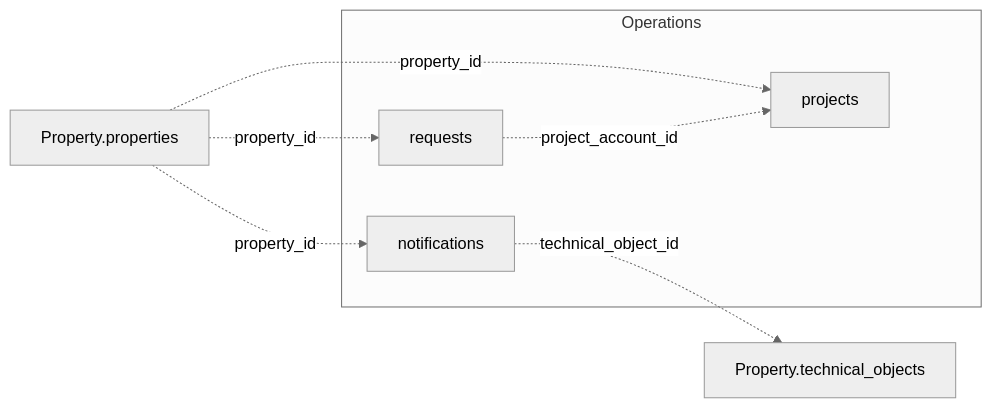
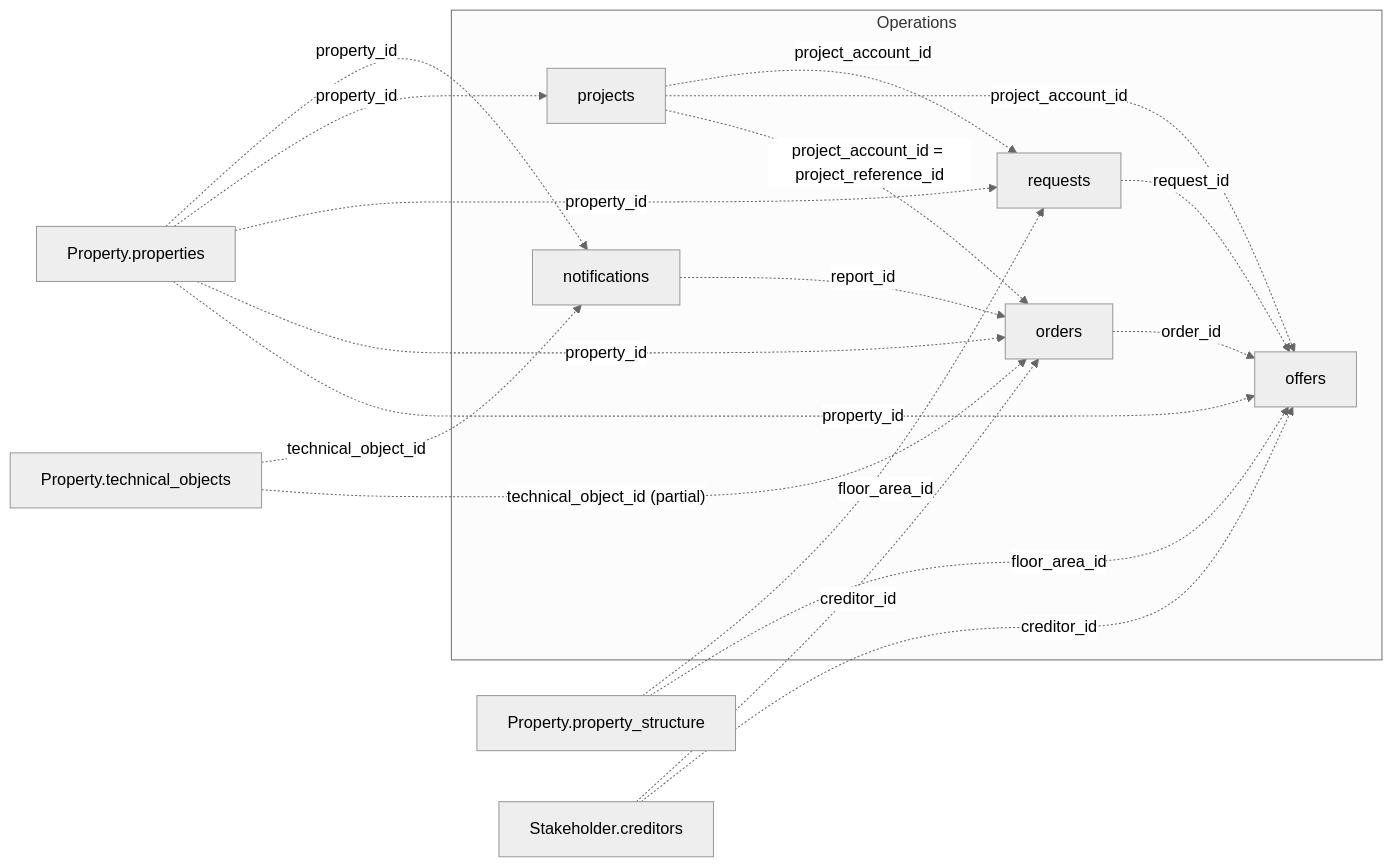
Before and after one commit to Trassets-ai/api-docs: the diagram in v1/data-model/operations.mdx, drawn with Mermaid (neutral theme). The commit also changed other lines of this file and 9 other files, not shown here.

First line of the commit message:
docs(v1): offers- und orders-Feldreferenz, personal-Grant-Hinweise (#110)

````diff
--- a/v1/data-model/operations.mdx
+++ b/v1/data-model/operations.mdx
@@ -10,17 +10,33 @@
 ```mermaid
 graph LR
   subgraph Operations
     notifications["notifications"]
+    offers["offers"]
+    orders["orders"]
     projects["projects"]
     requests["requests"]
   end
 
   properties["Property.properties"]
   technical_objects["Property.technical_objects"]
+  property_structure["Property.property_structure"]
+  creditor["Stakeholder.creditors"]
 
   properties -.->|property_id| notifications
   properties -.->|property_id| projects
   properties -.->|property_id| requests
-  requests -.->|project_account_id| projects
-  notifications -.->|technical_object_id| technical_objects
+  projects -.->|project_account_id| requests
+  technical_objects -.->|technical_object_id| notifications
+  properties -.->|property_id| orders
+  notifications -.->|report_id| orders
+  creditor -.->|creditor_id| orders
+  technical_objects -.->|"technical_object_id (partial)"| orders
+  properties -.->|property_id| offers
+  requests -.->|request_id| offers
+  creditor -.->|creditor_id| offers
+  orders -.->|order_id| offers
+  projects -.->|project_account_id| offers
+  projects -.->|"project_account_id = project_reference_id"| orders
+  property_structure -.->|floor_area_id| requests
+  property_structure -.->|floor_area_id| offers
 ```
````
